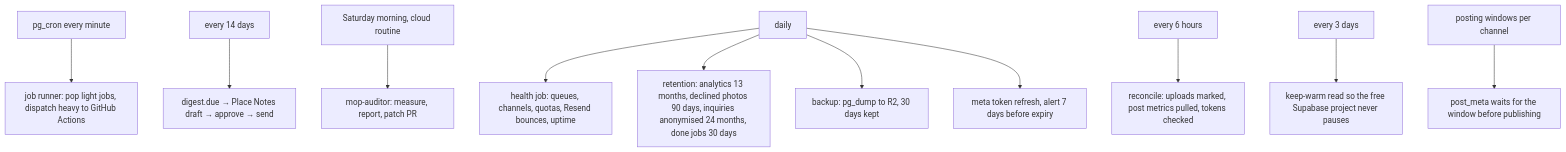
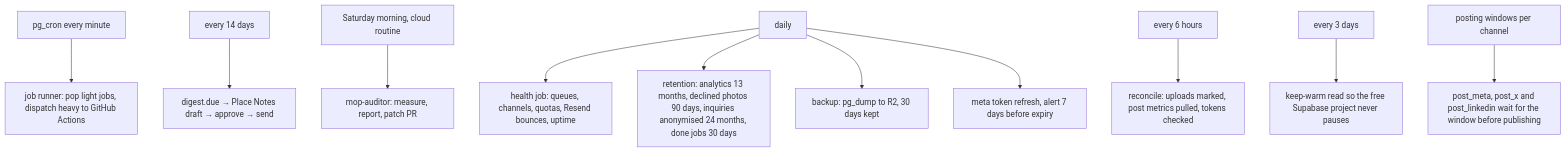
One commit to AbdulrahmanAmer/matter-of-place changed the second of 3 diagrams in workspace/03-diagrams/automations.md. Above: the diagram before and after it, drawn with Mermaid. The commit also changed other lines of this file and 45 other files, not shown here.

````diff
--- a/workspace/03-diagrams/automations.md
+++ b/workspace/03-diagrams/automations.md
@@ -43,10 +44,10 @@
 ```mermaid
 flowchart TB
   M[pg_cron every minute] --> R[job runner: pop light jobs, dispatch heavy to GitHub Actions]
   D14[every 14 days] --> DG[digest.due → Place Notes draft → approve → send]
   SAT[Saturday morning, cloud routine] --> AU[mop-auditor: measure, report, patch PR]
   DAY[daily] --> HE[health job: queues, channels, quotas, Resend bounces, uptime] & PR[retention: analytics 13 months, declined photos 90 days, inquiries anonymised 24 months, done jobs 30 days] & BK[backup: pg_dump to R2, 30 days kept] & TK[meta token refresh, alert 7 days before expiry]
   H6[every 6 hours] --> RC[reconcile: uploads marked, post metrics pulled, tokens checked]
   D3[every 3 days] --> KW[keep-warm read so the free Supabase project never pauses]
-  WIN[posting windows per channel] --> PM[post_meta waits for the window before publishing]
+  WIN[posting windows per channel] --> PM[post_meta, post_x and post_linkedin wait for the window before publishing]
 ```
````
